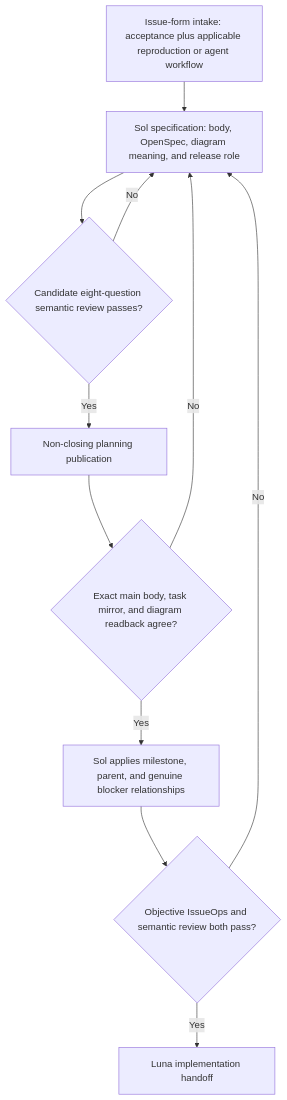
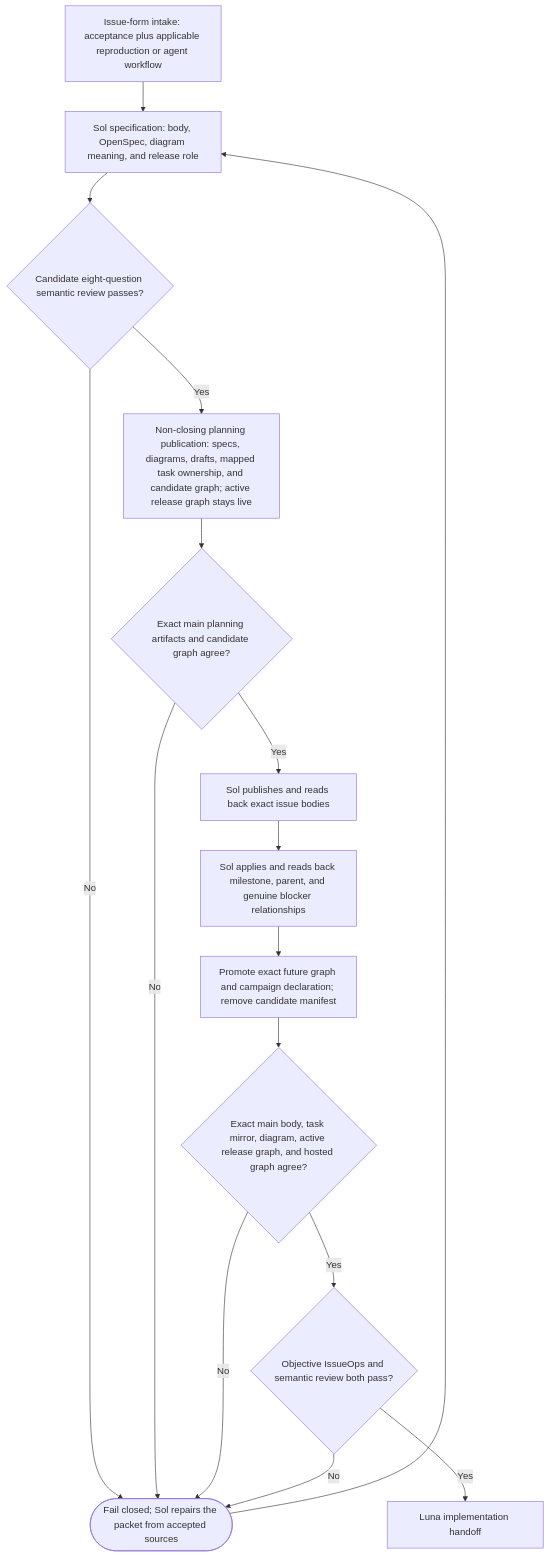
Before and after one commit to styler-ai/ProjectAtlas: diagram 25 of 31 in docs/v050-release-architecture.md, drawn with Mermaid. The commit also changed other lines of this file and 14 other files, not shown here.

Commit message:
docs(issueops): stage graph and audit findings (#500)

````diff
--- a/docs/v050-release-architecture.md
+++ b/docs/v050-release-architecture.md
@@ -361,13 +361,18 @@
 ```mermaid
 flowchart TB
     Intake["Issue-form intake: acceptance plus applicable reproduction or agent workflow"] --> SolSpec["Sol specification: body, OpenSpec, diagram meaning, and release role"]
     SolSpec --> CandidateReview{"Candidate eight-question semantic review passes?"}
-    CandidateReview -- No --> SolSpec
-    CandidateReview -- Yes --> PlanningPR[Non-closing planning publication]
-    PlanningPR --> PublishedReadback{"Exact main body, task mirror, and diagram readback agree?"}
-    PublishedReadback -- No --> SolSpec
-    PublishedReadback -- Yes --> NativeState["Sol applies milestone, parent, and genuine blocker relationships"]
-    NativeState --> Readiness{"Objective IssueOps and semantic review both pass?"}
-    Readiness -- No --> SolSpec
+    CandidateReview -- No --> Blocked(["Fail closed; Sol repairs the packet from accepted sources"])
+    CandidateReview -- Yes --> PlanningPR["Non-closing planning publication: specs, diagrams, drafts, mapped task ownership, and candidate graph; active release graph stays live"]
+    PlanningPR --> PlanningReadback{"Exact main planning artifacts and candidate graph agree?"}
+    PlanningReadback -- No --> Blocked
+    PlanningReadback -- Yes --> BodyPublication["Sol publishes and reads back exact issue bodies"]
+    BodyPublication --> NativeState["Sol applies and reads back milestone, parent, and genuine blocker relationships"]
+    NativeState --> Promotion["Promote exact future graph and campaign declaration; remove candidate manifest"]
+    Promotion --> PublishedReadback{"Exact main body, task mirror, diagram, active release graph, and hosted graph agree?"}
+    PublishedReadback -- No --> Blocked
+    Blocked --> SolSpec
+    PublishedReadback -- Yes --> Readiness{"Objective IssueOps and semantic review both pass?"}
+    Readiness -- No --> Blocked
     Readiness -- Yes --> Luna[Luna implementation handoff]
 ```
````
